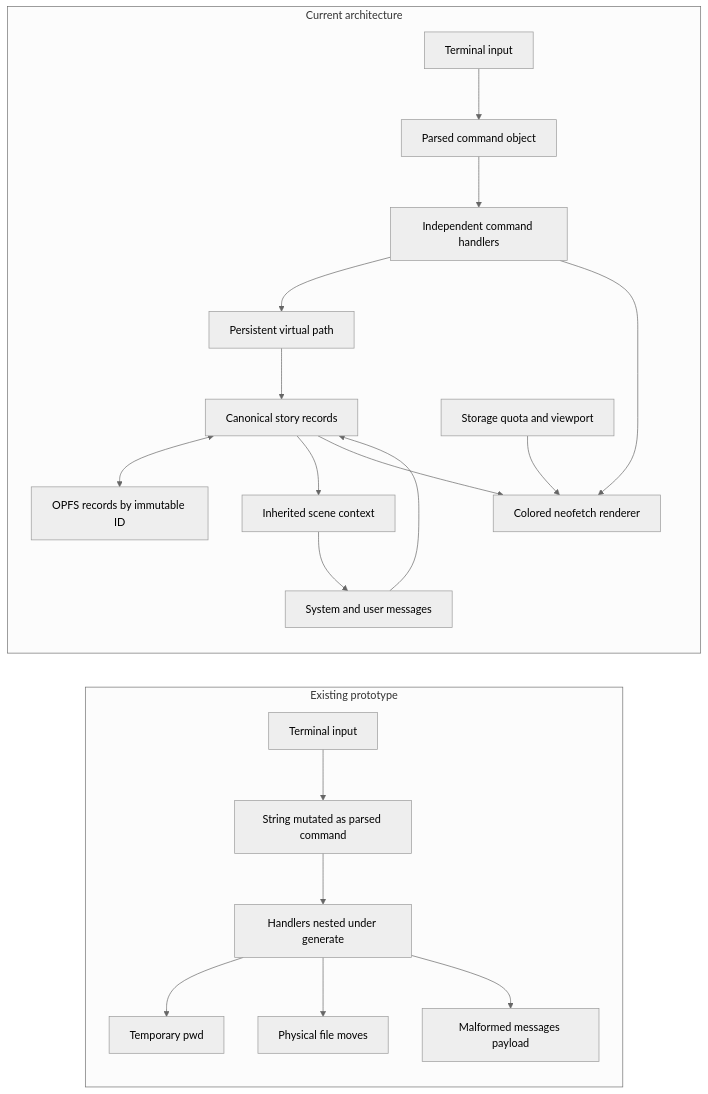
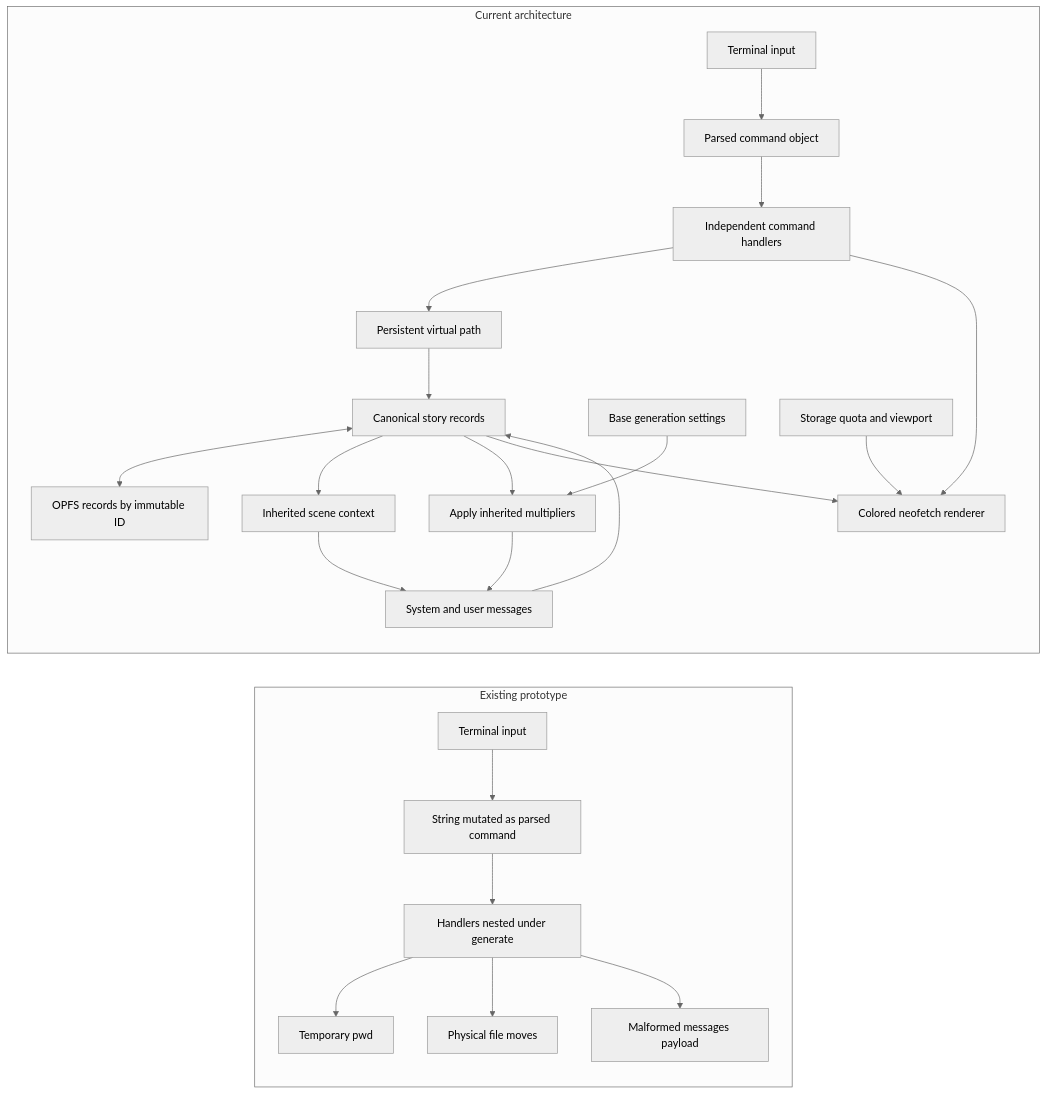
The diagram in README.md (Colin1337X/cherenkov), drawn with Mermaid (neutral theme) before and after one commit. The commit also changed other lines of this file and 3 other files, not shown here.

Commit message:
Add generation multipliers and rmdir

````diff
--- a/README.md
+++ b/README.md
@@ -61,26 +64,29 @@
 ```mermaid
 flowchart LR
     subgraph Before[Existing prototype]
         direction TB
         BUI[Terminal input] --> BPARSE[String mutated as parsed command]
         BPARSE --> BDISPATCH[Handlers nested under generate]
         BDISPATCH --> BSTATE[Temporary pwd]
         BDISPATCH --> BFILES[Physical file moves]
         BDISPATCH --> BAPI[Malformed messages payload]
     end
 
     subgraph After[Current architecture]
         direction TB
         AUI[Terminal input] --> APARSE[Parsed command object]
         APARSE --> ACMD[Independent command handlers]
         ACMD --> APATH[Persistent virtual path]
         APATH --> ARECORDS[Canonical story records]
         ARECORDS <--> AOPFS[OPFS records by immutable ID]
         ARECORDS --> ACTX[Inherited scene context]
         ACTX --> AAPI[System and user messages]
+        ABASE[Base generation settings] --> AMULT[Apply inherited multipliers]
+        ARECORDS --> AMULT
+        AMULT --> AAPI
         AAPI --> ARECORDS
         ACMD --> ANEO[Colored neofetch renderer]
         ARECORDS --> ANEO
         ABROWSER[Storage quota and viewport] --> ANEO
     end
 ```
````
